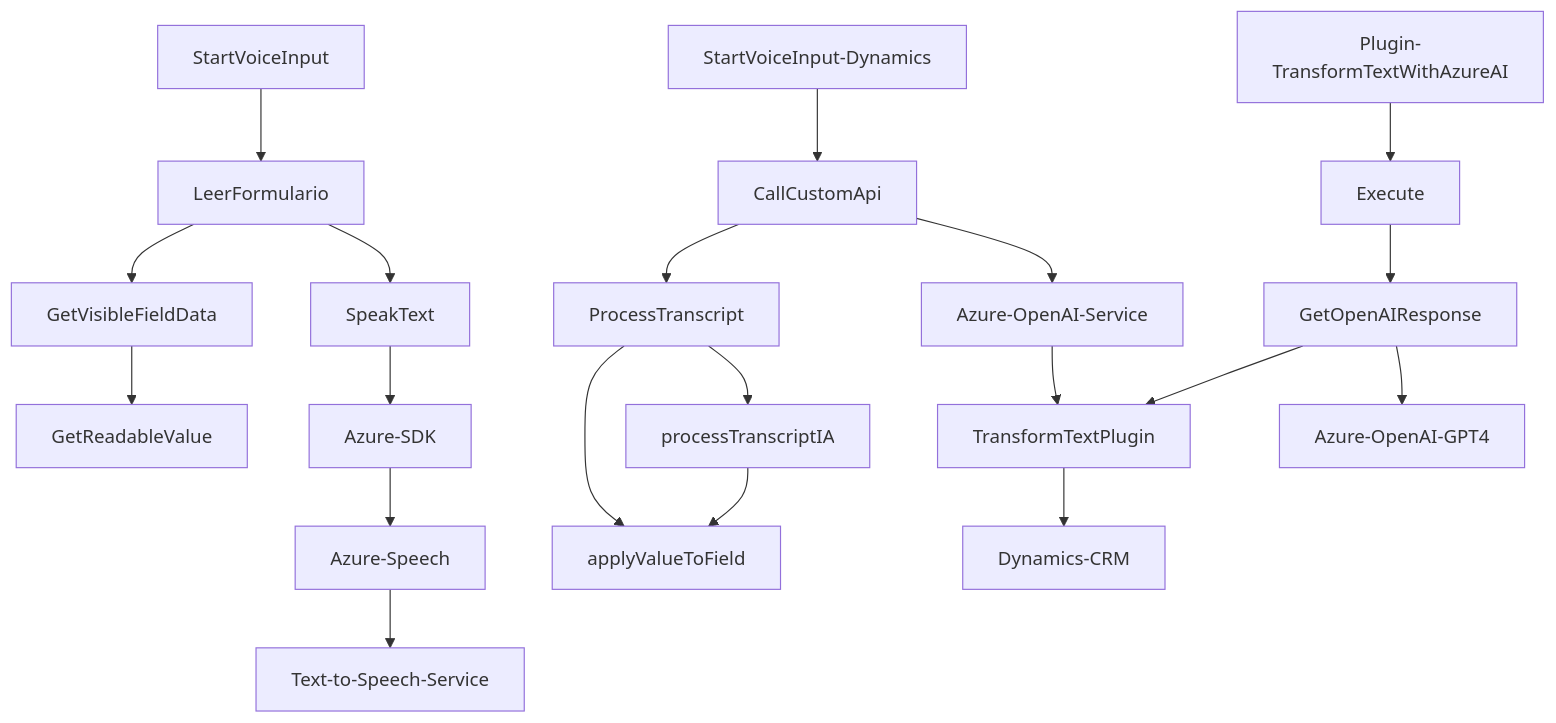
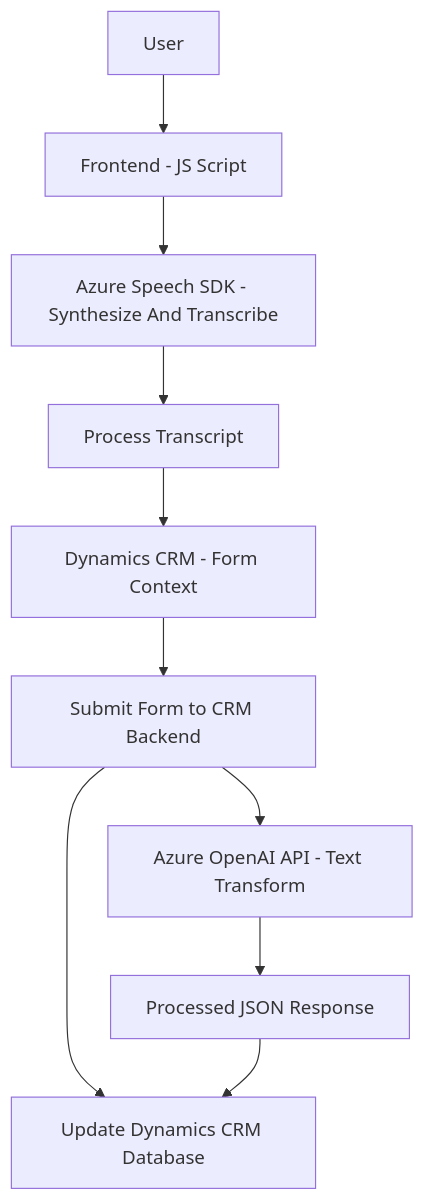
One commit to blopezdm/NETCORE_BILBAO2025 changed the diagram in README.md. Above: the diagram before and after it, drawn with Mermaid. The commit also changed other lines of this file, not shown here.

````diff
--- a/README.md
+++ b/README.md
@@ -31,24 +66,12 @@
 ```mermaid
 graph TD
-    A["StartVoiceInput"] --> B["LeerFormulario"]
-    B --> C["GetVisibleFieldData"]
-    B --> D["SpeakText"]
-    C --> E["GetReadableValue"]
-    D --> F["Azure-SDK"]
-    F --> G["Azure-Speech"]
-    G --> H["Text-to-Speech-Service"]
-    
-    I["StartVoiceInput-Dynamics"] --> J["CallCustomApi"]
-    J --> K["ProcessTranscript"]
-    K --> L["applyValueToField"]
-    K --> M["processTranscriptIA"]
-    M --> L
-    J --> N["Azure-OpenAI-Service"]
-    N --> O["TransformTextPlugin"]
-    
-    P["Plugin-TransformTextWithAzureAI"] --> Q["Execute"]
-    Q --> R["GetOpenAIResponse"]
-    R --> O
-    O --> S["Dynamics-CRM"]
-    R --> T["Azure-OpenAI-GPT4"]
+  A["User"] --> B["Frontend - JS Script"]
+  B --> C["Azure Speech SDK - Synthesize And Transcribe"]
+  C --> D["Process Transcript"]
+  D --> E["Dynamics CRM - Form Context"]
+  E --> F["Submit Form to CRM Backend"]
+  F --> G["Azure OpenAI API - Text Transform"]
+  G --> H["Processed JSON Response"]
+  F --> I["Update Dynamics CRM Database"]
+  H --> I
 ```
````
